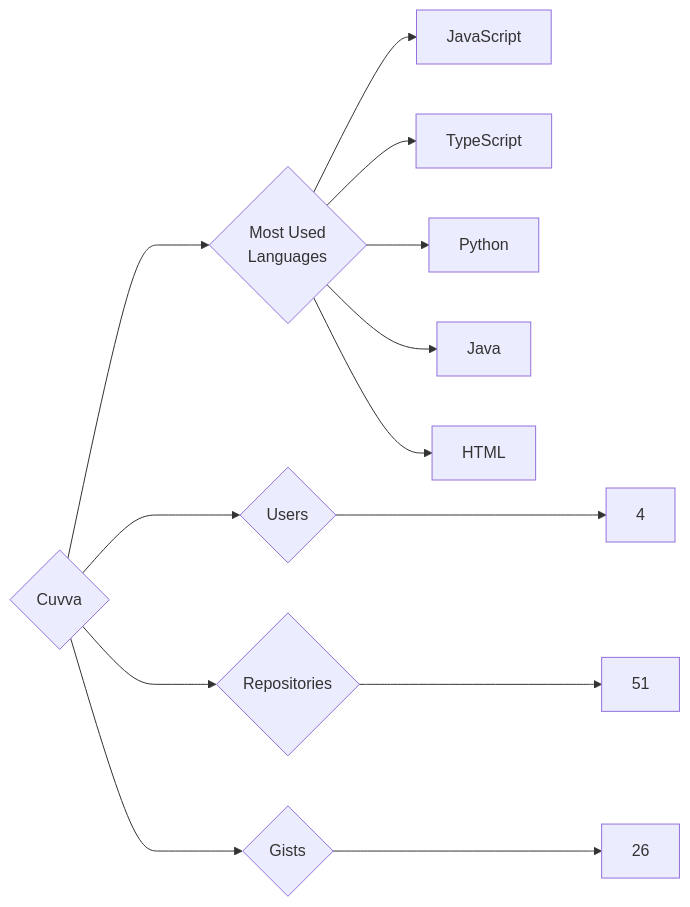
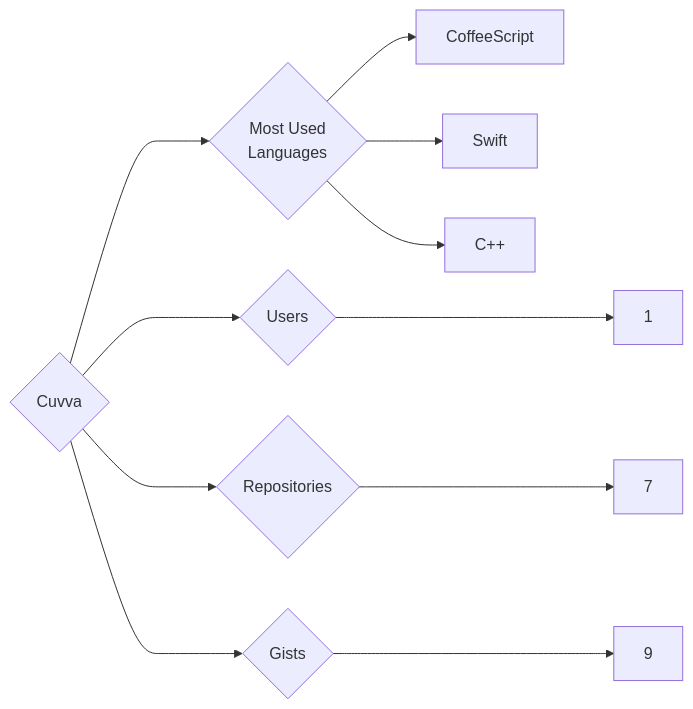
Before and after one commit to trickest/insiders: the diagram in targets/Cuvva/README.md, drawn with Mermaid. The commit also changed 594 other files, not shown here.

````diff
--- a/targets/Cuvva/README.md
+++ b/targets/Cuvva/README.md
@@ -3,13 +3,11 @@
 ```mermaid
 graph LR
 COMPANY_NAME{Cuvva}
-COMPANY_NAME ---> U{Users} ---> UN[4]
-COMPANY_NAME ---> R{Repositories} ---> RN[51]
-COMPANY_NAME ---> G{Gists} ---> GN[26]
+COMPANY_NAME ---> U{Users} ---> UN[1]
+COMPANY_NAME ---> R{Repositories} ---> RN[7]
+COMPANY_NAME ---> G{Gists} ---> GN[9]
 COMPANY_NAME ---> ML{Most Used<br>Languages}
-ML --> JavaScript[JavaScript]
-ML --> TypeScript[TypeScript]
-ML --> Python[Python]
-ML --> Java[Java]
-ML --> HTML[HTML]
+ML --> CoffeeScript[CoffeeScript]
+ML --> Swift[Swift]
+ML --> C++[C++]
 ```
````
